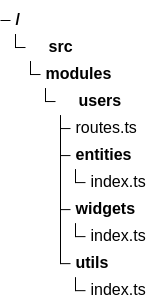
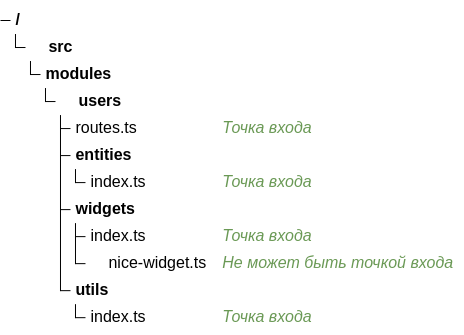
One commit to jt4d-lab/weld changed the fourth of 5 diagrams in docs/core-concepts/modules.md. Above: the diagram before and after it, drawn with Mermaid (forest theme). The commit also changed other lines of this file, not shown here.

````diff
--- a/docs/core-concepts/modules.md
+++ b/docs/core-concepts/modules.md
@@ -113,13 +113,14 @@
 ```mermaid
 treeView-beta
 src/ icon(src)
   modules/
     users/ icon(module)
-      routes.ts
+      routes.ts  ## Точка входа
       entities/
-        index.ts
+        index.ts ## Точка входа
       widgets/
-        index.ts
+        index.ts ## Точка входа
+        nice-widget.ts icon(private) ## Не может быть точкой входа
       utils/
-        index.ts
+        index.ts  ## Точка входа
 ```
````
